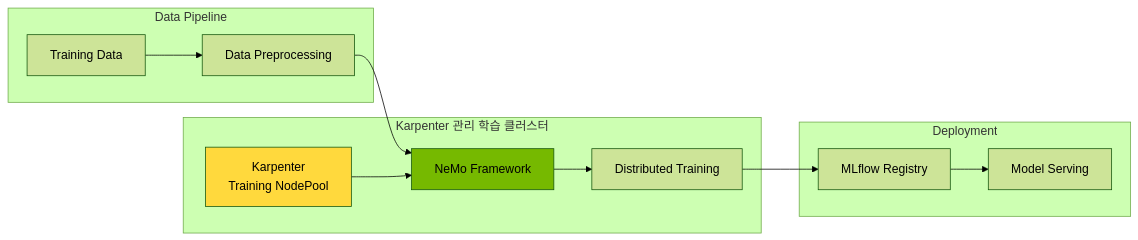
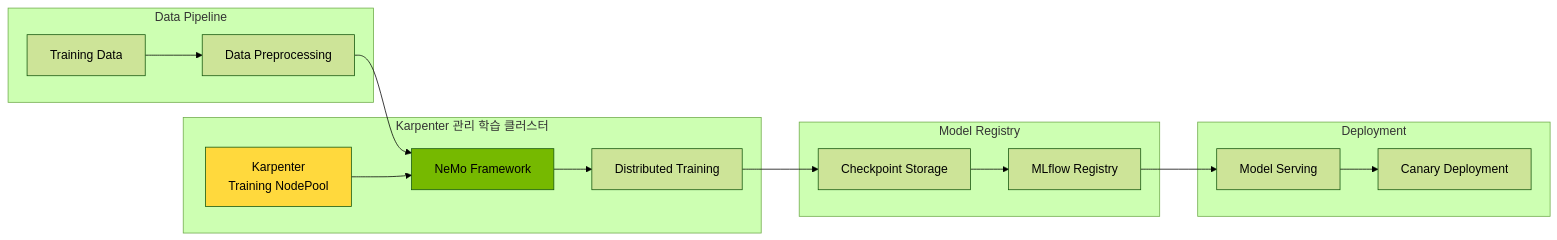
Diagram 13 of 15 in docs/genai-aiml/agentic-ai-challenges.md (devfloor9/engineering-playbook), drawn with Mermaid (forest theme) before and after one commit. The commit also changed other lines of this file and 3 other files, not shown here.

````diff
--- a/docs/genai-aiml/agentic-ai-challenges.md
+++ b/docs/genai-aiml/agentic-ai-challenges.md
@@ -791,28 +1002,35 @@
 ```mermaid
 graph LR
     subgraph "Data Pipeline"
         DATA["Training Data"]
         PREP["Data Preprocessing"]
     end
 
     subgraph "Karpenter 관리 학습 클러스터"
         KARP["Karpenter<br/>Training NodePool"]
         NEMO["NeMo Framework"]
         DIST["Distributed Training"]
     end
 
+    subgraph "Model Registry"
+        CKPT["Checkpoint Storage"]
+        MLFLOW["MLflow Registry"]
+    end
+
     subgraph "Deployment"
-        MLFLOW["MLflow Registry"]
         SERVE["Model Serving"]
+        CANARY["Canary Deployment"]
     end
 
     DATA --> PREP
     PREP --> NEMO
     KARP --> NEMO
     NEMO --> DIST
-    DIST --> MLFLOW
+    DIST --> CKPT
+    CKPT --> MLFLOW
     MLFLOW --> SERVE
+    SERVE --> CANARY
 
     style KARP fill:#ffd93d
     style NEMO fill:#76b900
 ```
````
